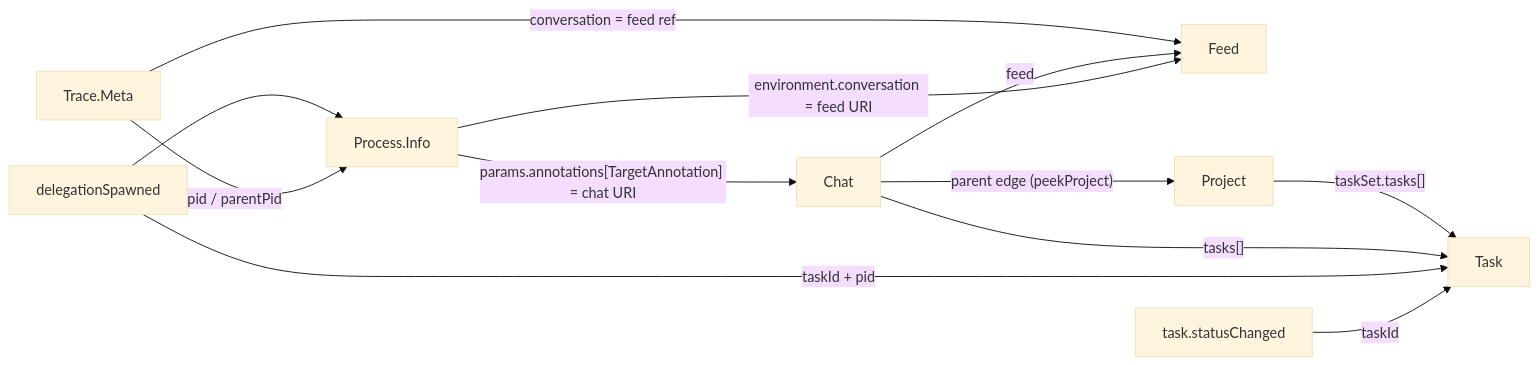
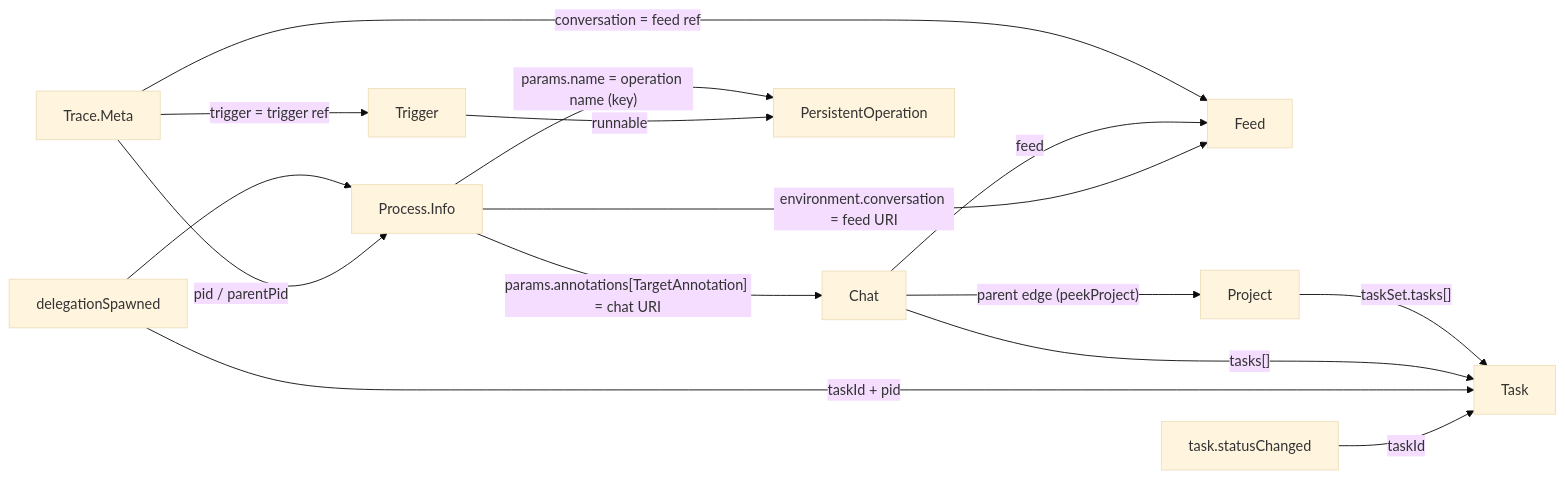
Before and after one commit to dxos/dxos: the second of 8 diagrams in packages/plugins/plugin-assistant/docs/ACTIVITY.md, drawn with Mermaid (base theme). The commit also changed other lines of this file, not shown here.

Commit message:
plugin-assistant: activity design — triggered work, task history as timeline

````diff
--- a/packages/plugins/plugin-assistant/docs/ACTIVITY.md
+++ b/packages/plugins/plugin-assistant/docs/ACTIVITY.md
@@ -117,14 +124,17 @@
 ```mermaid
 flowchart LR
   P[Process.Info] -- "params.annotations[TargetAnnotation] = chat URI" --> C[Chat]
   P -- "environment.conversation = feed URI" --> F[Feed]
   C -- "feed" --> F
   T[Trace.Meta] -- "conversation = feed ref" --> F
   T -- "pid / parentPid" --> P
   E1[task.statusChanged] -- "taskId" --> K[Task]
   E2[delegationSpawned] -- "taskId + pid" --> K
   E2 --> P
   C -- "tasks[]" --> K
   C -- "parent edge (peekProject)" --> J[Project]
   J -- "taskSet.tasks[]" --> K
+  T -- "trigger = trigger ref" --> G[Trigger]
+  G -- "runnable" --> O[PersistentOperation]
+  P -- "params.name = operation name (key)" --> O
 ```
````
